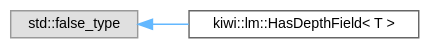
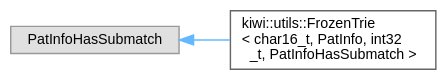
The diagram in inherit_graph_134.dot (bab2min/Kiwi), drawn with Graphviz before and after one commit. The commit also changed 89 other files, not shown here.

```diff
--- a/inherit_graph_134.dot
+++ b/inherit_graph_134.dot
@@ -1,11 +1,11 @@
 digraph "Graphical Class Hierarchy"
 {
  // LATEX_PDF_SIZE
   bgcolor="transparent";
   edge [fontname=Helvetica,fontsize=10,labelfontname=Helvetica,labelfontsize=10];
   node [fontname=Helvetica,fontsize=10,shape=box,height=0.2,width=0.4];
   rankdir="LR";
-  Node0 [id="Node000000",label="std::false_type",height=0.2,width=0.4,color="grey60", fillcolor="#E0E0E0", style="filled",tooltip=" "];
-  Node0 -> Node1 [id="edge19_Node000000_Node000001",dir="back",color="steelblue1",style="solid",tooltip=" "];
-  Node1 [id="Node000001",label="kiwi::lm::HasDepthField\< T \>",height=0.2,width=0.4,color="grey40", fillcolor="white", style="filled",URL="$structkiwi_1_1lm_1_1HasDepthField.html",tooltip=" "];
+  Node0 [id="Node000000",label="PatInfoHasSubmatch",height=0.2,width=0.4,color="grey60", fillcolor="#E0E0E0", style="filled",tooltip=" "];
+  Node0 -> Node1 [id="edge18_Node000000_Node000001",dir="back",color="steelblue1",style="solid",tooltip=" "];
+  Node1 [id="Node000001",label="kiwi::utils::FrozenTrie\l\< char16_t, PatInfo, int32\l_t, PatInfoHasSubmatch \>",height=0.2,width=0.4,color="grey40", fillcolor="white", style="filled",URL="$classkiwi_1_1utils_1_1FrozenTrie.html",tooltip=" "];
 }
```
